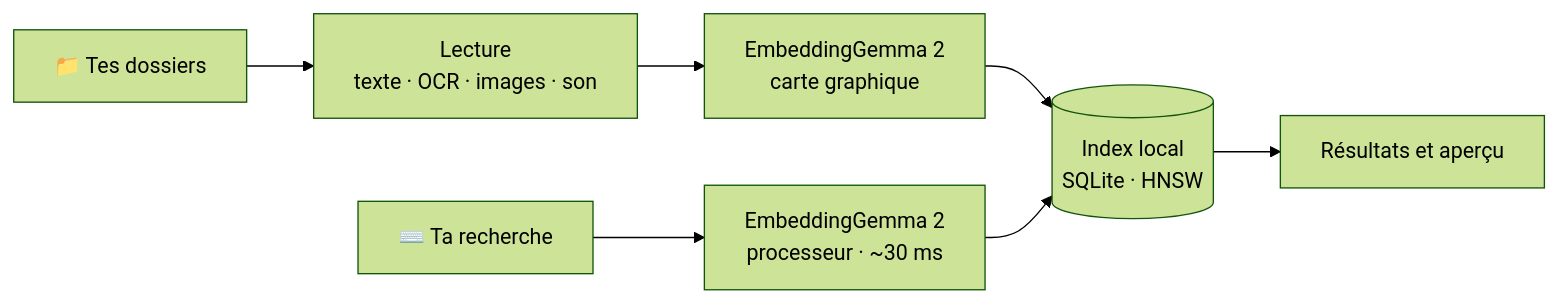
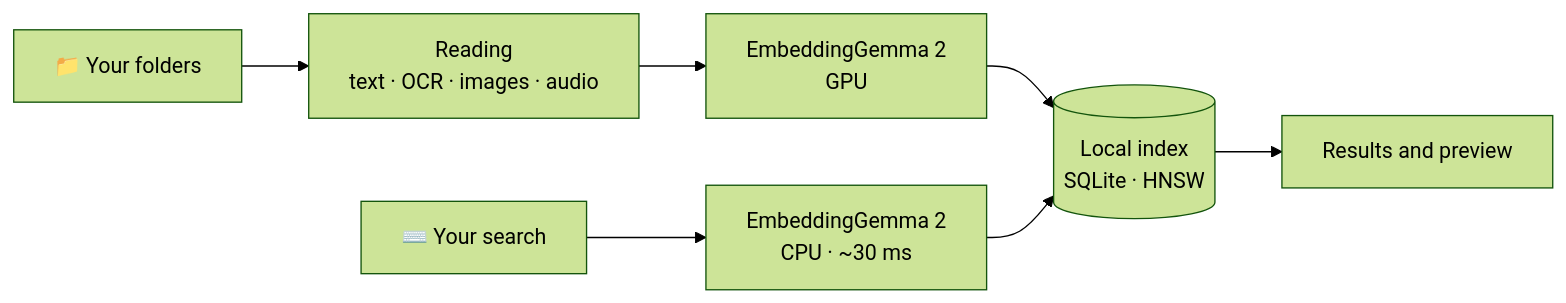
Before and after one commit to blasteur1916/furet: the diagram in README.md, drawn with Mermaid (forest theme). The commit also changed other lines of this file and 46 other files, not shown here.

````diff
--- a/README.md
+++ b/README.md
@@ -177,9 +185,9 @@
 ```mermaid
 flowchart LR
-    D["📁 Tes dossiers"] --> L["Lecture<br/>texte · OCR · images · son"]
-    L --> M["EmbeddingGemma 2<br/>carte graphique"]
-    M --> I[("Index local<br/>SQLite · HNSW")]
-    R["⌨️ Ta recherche"] --> Q["EmbeddingGemma 2<br/>processeur · ~30 ms"]
+    D["📁 Your folders"] --> L["Reading<br/>text · OCR · images · audio"]
+    L --> M["EmbeddingGemma 2<br/>GPU"]
+    M --> I[("Local index<br/>SQLite · HNSW")]
+    R["⌨️ Your search"] --> Q["EmbeddingGemma 2<br/>CPU · ~30 ms"]
     Q --> I
-    I --> S["Résultats et aperçu"]
+    I --> S["Results and preview"]
 ```
````
